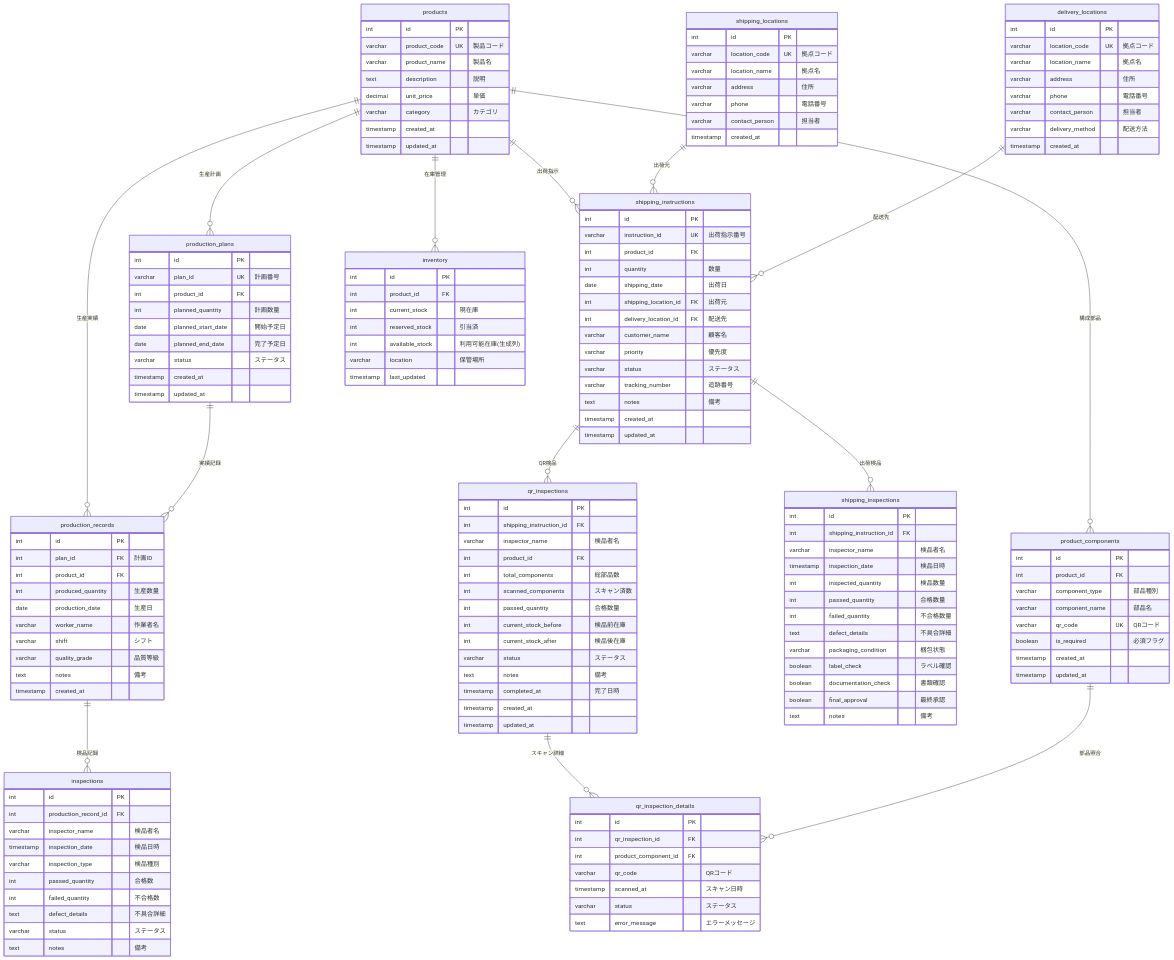
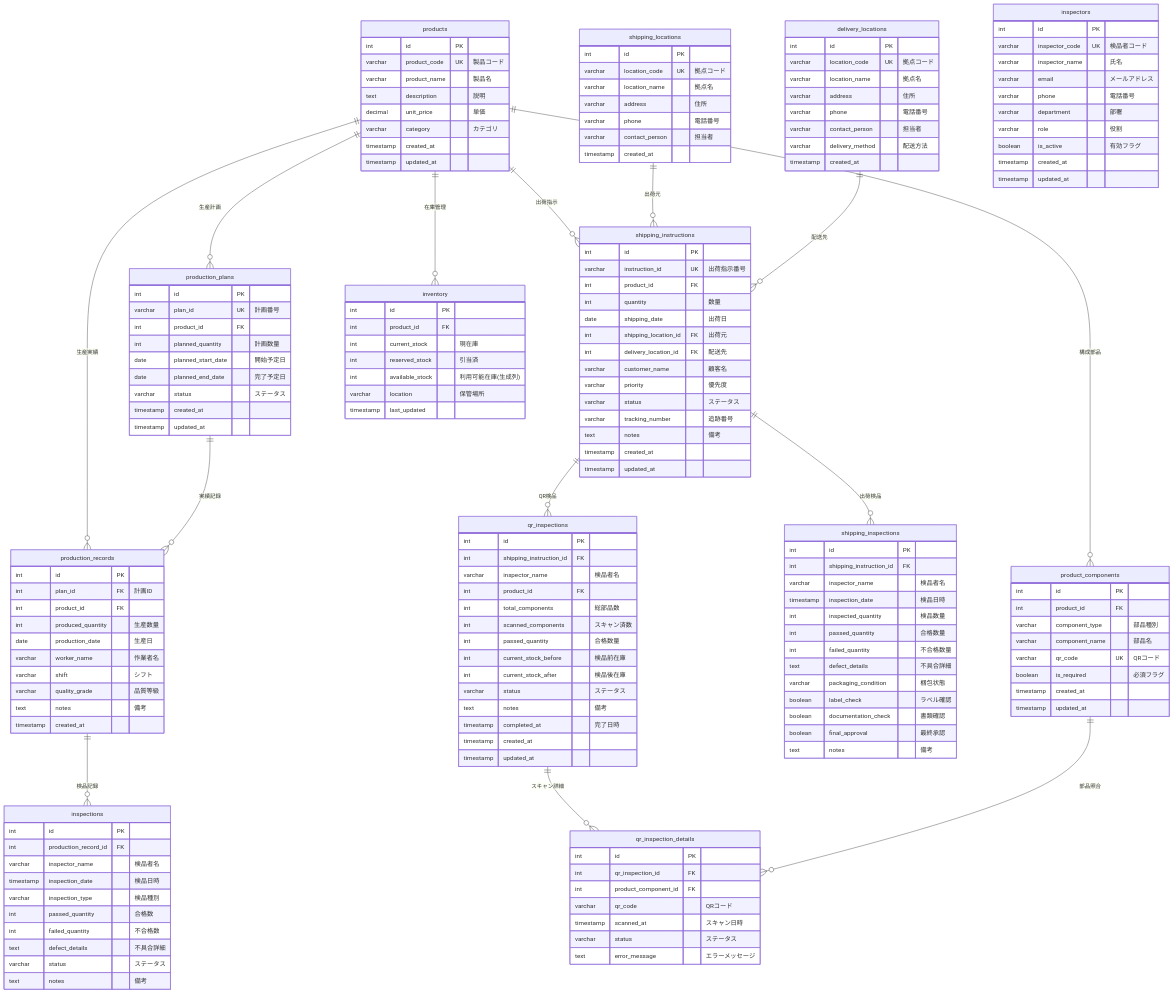
The diagram in docs/DATABASE_DESIGN.md (ytsutsumi30/grafana-setup), drawn with Mermaid before and after one commit. The commit also changed other lines of this file, not shown here.

First line of the commit message:
docs: Update DATABASE_DESIGN.md to include inspectors table

````diff
--- a/docs/DATABASE_DESIGN.md
+++ b/docs/DATABASE_DESIGN.md
@@ -191,4 +191,17 @@
         varchar status "ステータス"
         text error_message "エラーメッセージ"
     }
+
+    inspectors {
+        int id PK
+        varchar inspector_code UK "検品者コード"
+        varchar inspector_name "氏名"
+        varchar email "メールアドレス"
+        varchar phone "電話番号"
+        varchar department "部署"
+        varchar role "役割"
+        boolean is_active "有効フラグ"
+        timestamp created_at
+        timestamp updated_at
+    }
 ```
````
